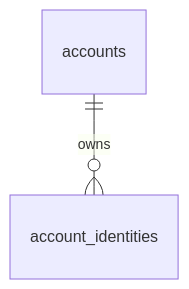
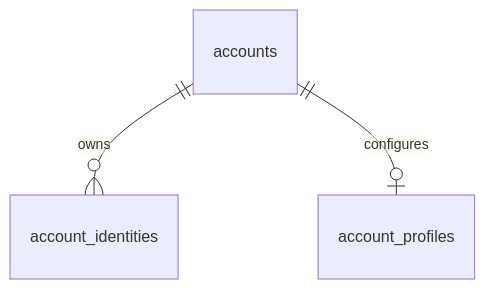
The third of 4 diagrams in docs/architecture/account-data-isolation.md (kkyosuke/me-builder), drawn with Mermaid before and after one commit. The commit also changed other lines of this file and 54 other files, not shown here.

````diff
--- a/docs/architecture/account-data-isolation.md
+++ b/docs/architecture/account-data-isolation.md
@@ -103,4 +105,5 @@
 ```mermaid
 erDiagram
     accounts ||--o{ account_identities : owns
+    accounts ||--o| account_profiles : configures
 ```
````
